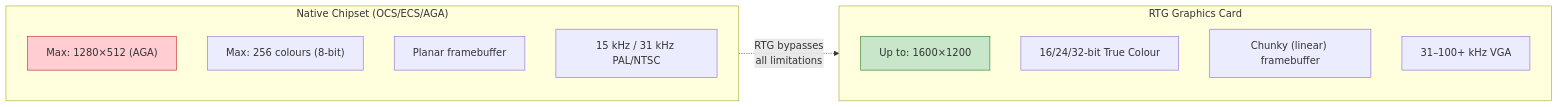
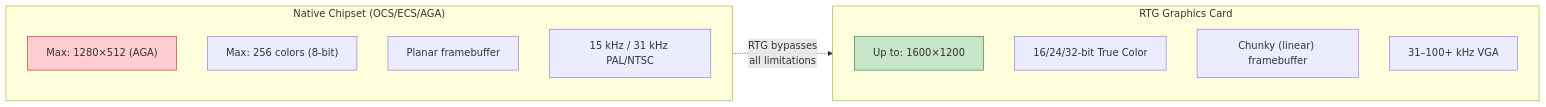
One commit to alfishe/amiga-bootcamp changed the first of 8 diagrams in 16_driver_development/rtg_driver.md. Above: the diagram before and after it, drawn with Mermaid. The commit also changed other lines of this file and 89 other files, not shown here.

````diff
--- a/16_driver_development/rtg_driver.md
+++ b/16_driver_development/rtg_driver.md
@@ -19,23 +19,23 @@
 ```mermaid
 graph LR
     subgraph "Native Chipset (OCS/ECS/AGA)"
         direction TB
         NC_BW["Max: 1280×512 (AGA)"]
-        NC_CD["Max: 256 colours (8-bit)"]
+        NC_CD["Max: 256 colors (8-bit)"]
         NC_FM["Planar framebuffer"]
         NC_FR["15 kHz / 31 kHz PAL/NTSC"]
     end
 
     subgraph "RTG Graphics Card"
         direction TB
         RTG_BW["Up to: 1600×1200"]
-        RTG_CD["16/24/32-bit True Colour"]
+        RTG_CD["16/24/32-bit True Color"]
         RTG_FM["Chunky (linear) framebuffer"]
         RTG_FR["31–100+ kHz VGA"]
     end
 
     NC_BW -.->|"RTG bypasses<br/>all limitations"| RTG_BW
 
     style NC_BW fill:#ffcdd2,stroke:#c62828,color:#333
     style RTG_BW fill:#c8e6c9,stroke:#2e7d32,color:#333
 ```
````
